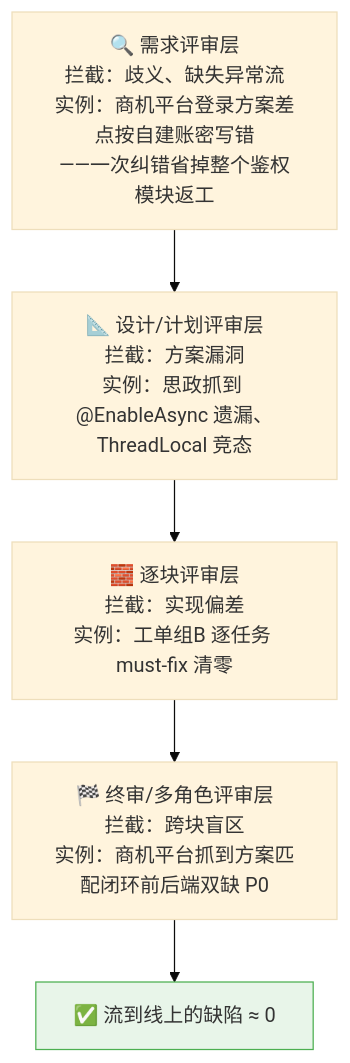
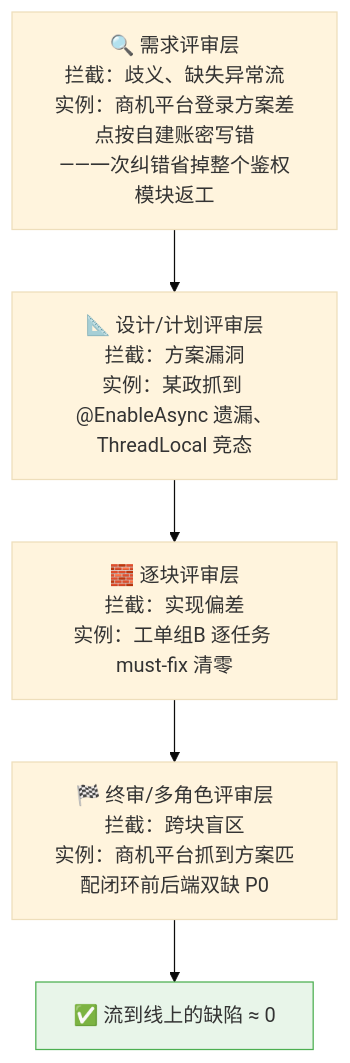
The seventh of 20 diagrams in 第二次分享资料/Claude-Code提效实战分享-图文版.md (Woaini654321/efficiency-improvement), drawn with Mermaid (base theme) before and after one commit. The commit also changed other lines of this file and 1 other file, not shown here.

````diff
--- a/第二次分享资料/Claude-Code提效实战分享-图文版.md
+++ b/第二次分享资料/Claude-Code提效实战分享-图文版.md
@@ -560,10 +557,10 @@
 ```mermaid
 flowchart TD
     A["🔍 需求评审层<br/>拦截：歧义、缺失异常流<br/>实例：商机平台登录方案差点按自建账密写错<br/>——一次纠错省掉整个鉴权模块返工"]
-    B["📐 设计/计划评审层<br/>拦截：方案漏洞<br/>实例：思政抓到 @EnableAsync 遗漏、ThreadLocal 竞态"]
+    B["📐 设计/计划评审层<br/>拦截：方案漏洞<br/>实例：某政抓到 @EnableAsync 遗漏、ThreadLocal 竞态"]
     C["🧱 逐块评审层<br/>拦截：实现偏差<br/>实例：工单组B 逐任务 must-fix 清零"]
     D["🏁 终审/多角色评审层<br/>拦截：跨块盲区<br/>实例：商机平台抓到方案匹配闭环前后端双缺 P0"]
     E["✅ 流到线上的缺陷 ≈ 0"]
     A --> B --> C --> D --> E
     style E fill:#e8f5e9,stroke:#4caf50
 ```
````
